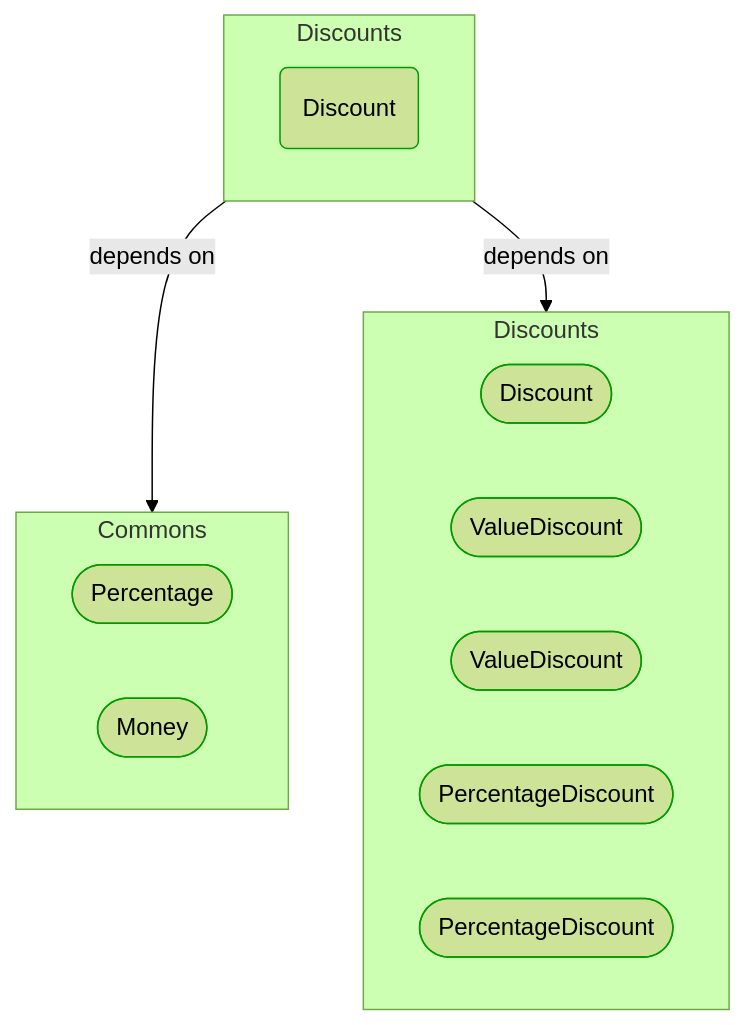
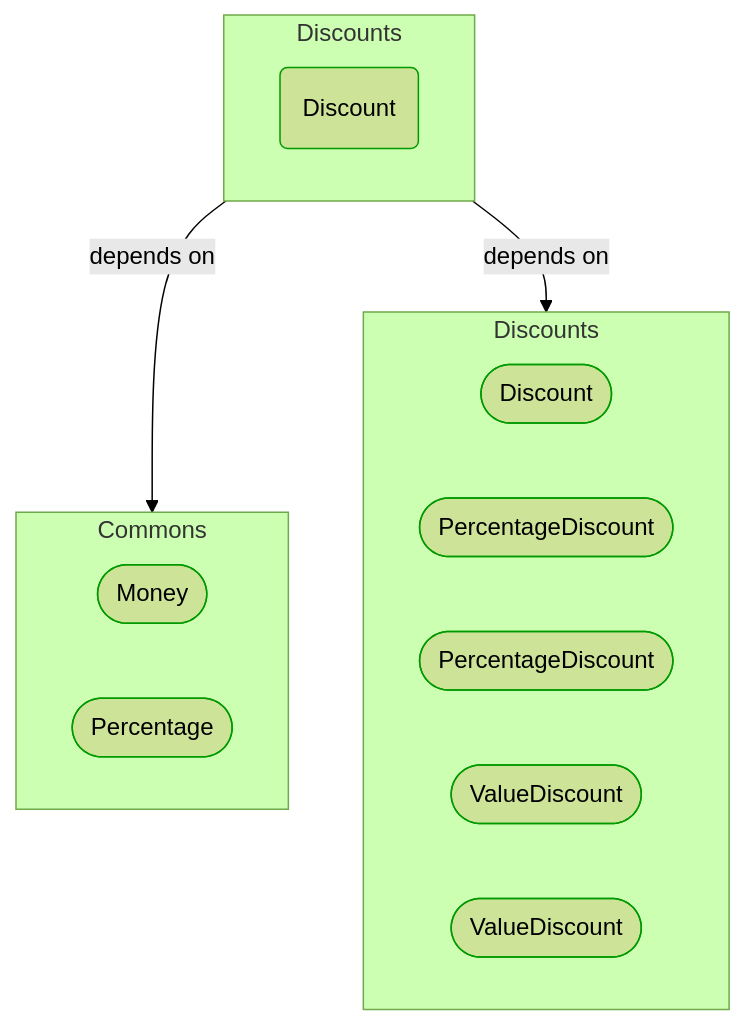
Before and after one commit to itlibrium/DDD-starter-dotnet: the diagram in Docs/P3/MermaidOutput/BuildingBlocks/Sales/Pricing/Discounts/Discount.md, drawn with Mermaid (forest theme). The commit also changed 78 other files, not shown here.

````diff
--- a/Docs/P3/MermaidOutput/BuildingBlocks/Sales/Pricing/Discounts/Discount.md
+++ b/Docs/P3/MermaidOutput/BuildingBlocks/Sales/Pricing/Discounts/Discount.md
@@ -18,30 +18,30 @@
 ```mermaid
   flowchart TB
     subgraph 0["Discounts"]
       1(Discount)
       class 1 DomainPerspective
     end
     subgraph 2["Commons"]
-      3([Percentage])
+      3([Money])
       class 3 DomainPerspective
-      4([Money])
+      4([Percentage])
       class 4 DomainPerspective
     end
     subgraph 5["Discounts"]
       6([Discount])
       class 6 DomainPerspective
-      7([ValueDiscount])
+      7([PercentageDiscount])
       class 7 DomainPerspective
-      8([ValueDiscount])
+      8([PercentageDiscount])
       class 8 DomainPerspective
-      9([PercentageDiscount])
+      9([ValueDiscount])
       class 9 DomainPerspective
-      10([PercentageDiscount])
+      10([ValueDiscount])
       class 10 DomainPerspective
     end
     0-->|depends on|2
     0-->|depends on|5
     classDef DomainPerspective stroke:#009900
     classDef TechnologyPerspective stroke:#1F41EB
     classDef PeoplePerspective stroke:#FFF014
 ```
````
